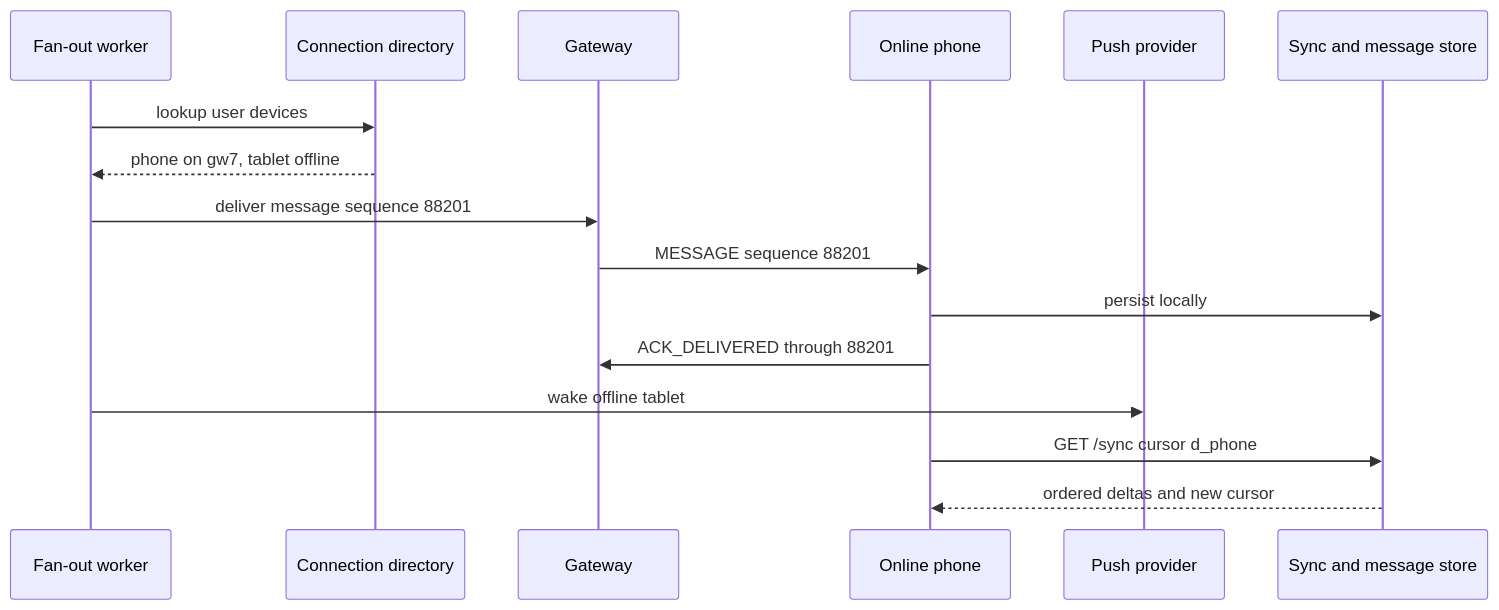
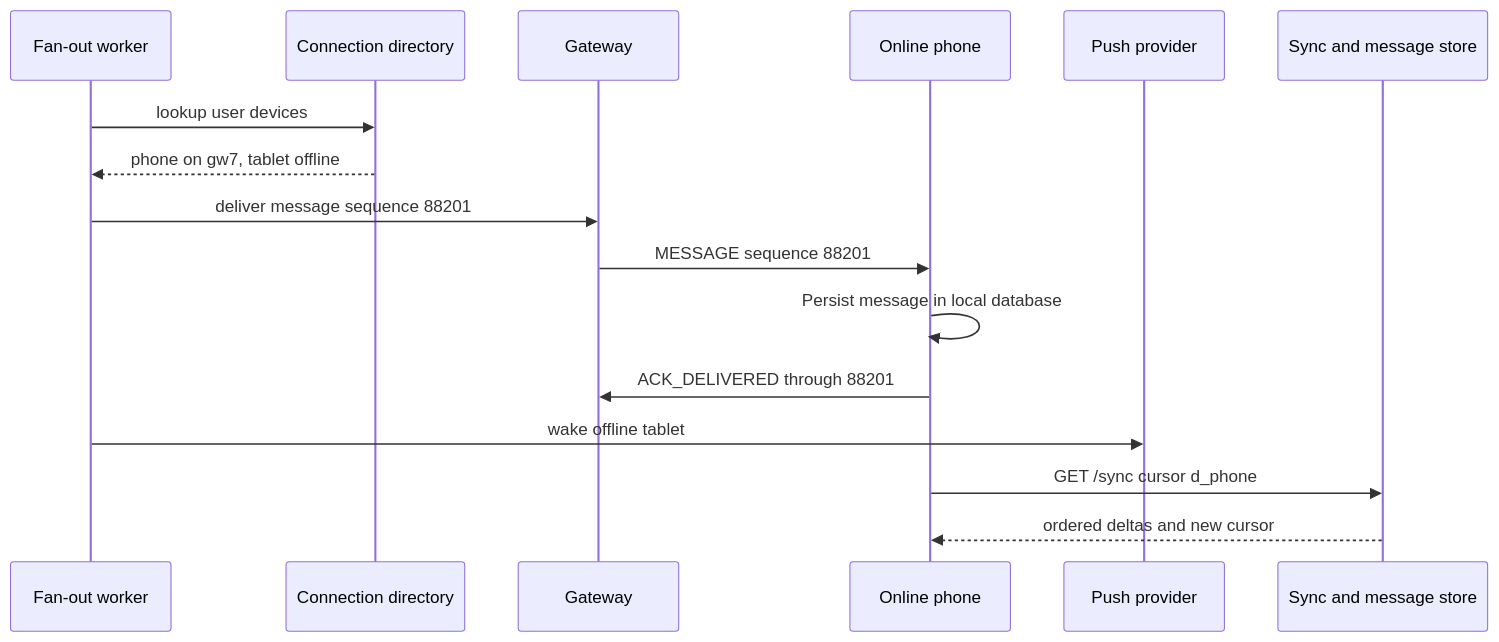
The fourth of 5 diagrams in chat-app-system-design.md (Pranshu258/system-design), drawn with Mermaid before and after one commit. The commit also changed other lines of this file and 23 other files, not shown here.

````diff
--- a/chat-app-system-design.md
+++ b/chat-app-system-design.md
@@ -330,18 +335,18 @@
 ```mermaid
 sequenceDiagram
     participant Fan as Fan-out worker
     participant Dir as Connection directory
     participant GW as Gateway
     participant Phone as Online phone
     participant Push as Push provider
     participant Store as Sync and message store
     Fan->>Dir: lookup user devices
     Dir-->>Fan: phone on gw7, tablet offline
     Fan->>GW: deliver message sequence 88201
     GW->>Phone: MESSAGE sequence 88201
-    Phone->>Store: persist locally
+    Phone->>Phone: Persist message in local database
     Phone->>GW: ACK_DELIVERED through 88201
     Fan->>Push: wake offline tablet
     Phone->>Store: GET /sync cursor d_phone
     Store-->>Phone: ordered deltas and new cursor
 ```
````
